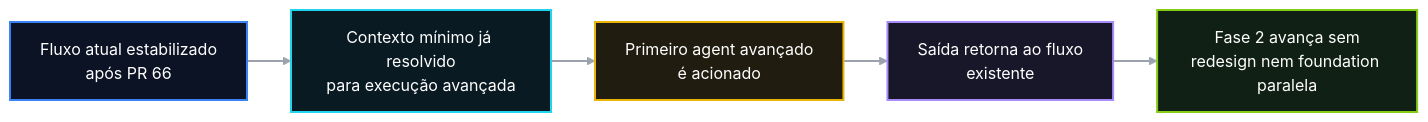
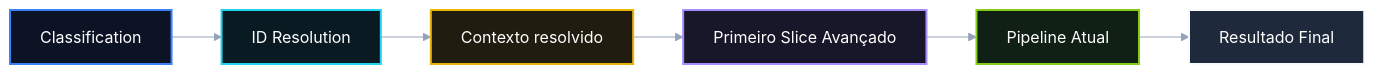
The diagram in PR 67 — Fase 2: Primeiro Lookup Real de Article via Base Relacional.md (matheusdiamantino-betalent/questions-ai), drawn with Mermaid before and after one commit. The commit also changed other lines of this file, not shown here.

Commit message:
Update PR 67 — Fase 2: Primeiro Lookup Real de Article via Base Relacional.md

````diff
--- a/PR 67 — Fase 2: Primeiro Lookup Real de Article via Base Relacional.md
+++ b/PR 67 — Fase 2: Primeiro Lookup Real de Article via Base Relacional.md
@@ -88,50 +97,39 @@
 ```mermaid
 %%{init: {
   "theme": "base",
   "themeVariables": {
     "background": "#050b16",
     "primaryColor": "#0b1220",
     "primaryTextColor": "#ffffff",
     "primaryBorderColor": "#22d3ee",
     "lineColor": "#94a3b8",
     "secondaryColor": "#0b1220",
     "tertiaryColor": "#0b1220",
     "fontFamily": "Inter, Arial, sans-serif"
   },
   "flowchart": {
     "htmlLabels": true,
-    "curve": "linear",
-    "nodeSpacing": 34,
-    "rankSpacing": 44
+    "curve": "linear"
   }
 }}%%
 flowchart LR
-    A["Fluxo atual estabilizado<br/>após PR 66"] --> B["Contexto mínimo já resolvido<br/>para execução avançada"]
-    B --> C["Primeiro agent avançado<br/>é acionado"]
-    C --> D["Saída retorna ao fluxo<br/>existente"]
-    D --> E["Fase 2 avança sem<br/>redesign nem foundation paralela"]
+    A["Classification"] --> B["ID Resolution"]
+    B --> C["Contexto resolvido"]
+    C --> D["Primeiro Slice Avançado"]
+    D --> E["Pipeline Atual"]
+    E --> F["Resultado Final"]
 
-    classDef step1 fill:#0b1325,stroke:#3b82f6,stroke-width:2px,color:#ffffff;
-    classDef step2 fill:#0a1a22,stroke:#22d3ee,stroke-width:2px,color:#ffffff;
-    classDef step3 fill:#201d10,stroke:#eab308,stroke-width:2px,color:#ffffff;
-    classDef step4 fill:#181629,stroke:#a78bfa,stroke-width:2px,color:#ffffff;
-    classDef step5 fill:#112015,stroke:#84cc16,stroke-width:2px,color:#ffffff;
-    classDef step6 fill:#1e293b,stroke:#f8fafc,stroke-width:2px,color:#ffffff;
-    classDef decision fill:#181629,stroke:#a78bfa,stroke-width:2px,color:#ffffff;
-    classDef successBox fill:#112015,stroke:#84cc16,stroke-width:2px,color:#ffffff;
-    classDef failureBox fill:#2a160f,stroke:#fb7185,stroke-width:2px,color:#ffffff;
-    classDef outputBox fill:#1e293b,stroke:#f8fafc,stroke-width:2px,color:#ffffff;
-    classDef foundationBox fill:#1e293b,stroke:#f8fafc,stroke-width:2px,color:#ffffff;
-    classDef coreBox fill:#1e293b,stroke:#f8fafc,stroke-width:2px,color:#ffffff;
+    classDef a fill:#0b1325,stroke:#3b82f6,stroke-width:2px,color:#ffffff;
+    classDef b fill:#0a1a22,stroke:#22d3ee,stroke-width:2px,color:#ffffff;
+    classDef c fill:#201d10,stroke:#eab308,stroke-width:2px,color:#ffffff;
+    classDef d fill:#181629,stroke:#a78bfa,stroke-width:2px,color:#ffffff;
+    classDef e fill:#112015,stroke:#84cc16,stroke-width:2px,color:#ffffff;
+    classDef f fill:#1e293b,stroke:#f8fafc,stroke-width:2px,color:#ffffff;
 
-    class A step1;
-    class B step2;
-    class C step3;
-    class D step4;
-    class E step5;
-
-    linkStyle 0 stroke:#9ca3af,stroke-width:2px;
-    linkStyle 1 stroke:#9ca3af,stroke-width:2px;
-    linkStyle 2 stroke:#9ca3af,stroke-width:2px;
-    linkStyle 3 stroke:#9ca3af,stroke-width:2px;
+    class A a;
+    class B b;
+    class C c;
+    class D d;
+    class E e;
+    class F f;
 ```
````
